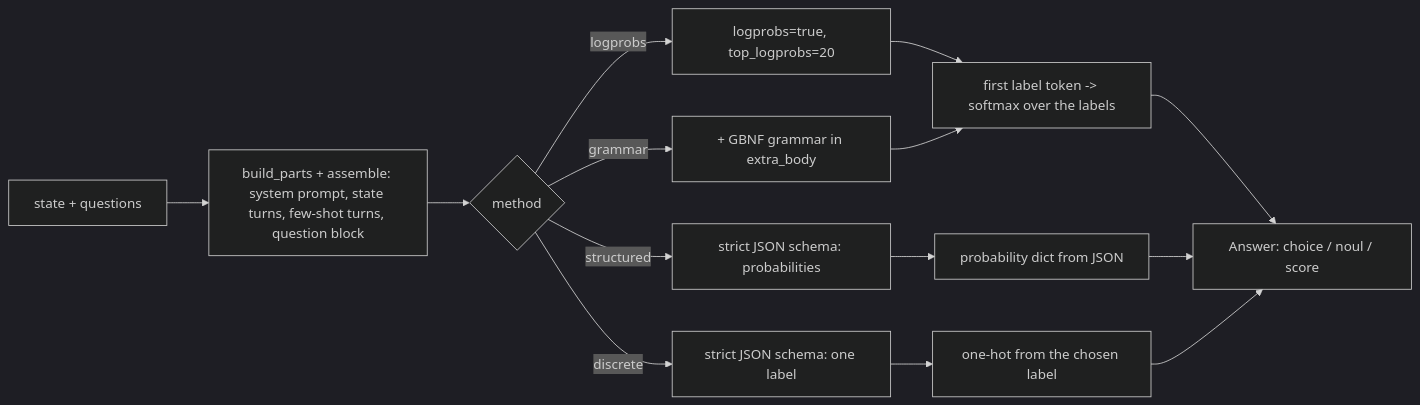
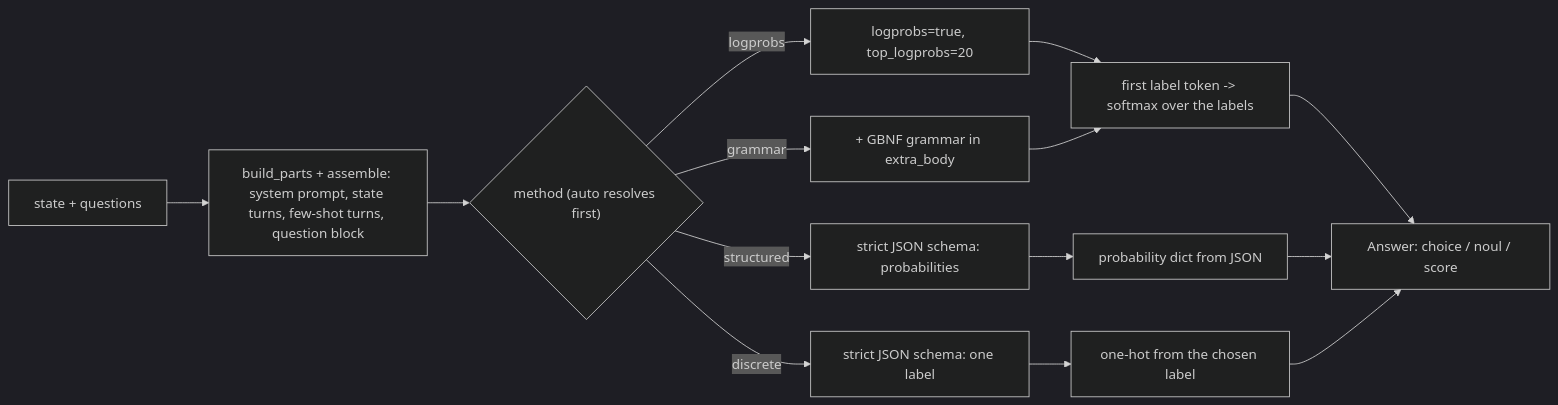
Before and after one commit to zhulinchng/jevper: the diagram in README.md, drawn with Mermaid (dark theme). The commit also changed other lines of this file and 12 other files, not shown here.

````diff
--- a/README.md
+++ b/README.md
@@ -61,16 +61,16 @@
 ```mermaid
 flowchart LR
     A["state + questions"] --> B["build_parts + assemble: system prompt, state turns, few-shot turns, question block"]
-    B --> C{"method"}
+    B --> C{"method (auto resolves first)"}
     C -->|logprobs| D["logprobs=true, top_logprobs=20"]
     C -->|grammar| E["+ GBNF grammar in extra_body"]
     C -->|structured| F["strict JSON schema: probabilities"]
     C -->|discrete| G["strict JSON schema: one label"]
     D --> H["first label token -> softmax over the labels"]
     E --> H
     F --> I["probability dict from JSON"]
     G --> J["one-hot from the chosen label"]
     H --> K["Answer: choice / noul / score"]
     I --> K
     J --> K
 ```
````
